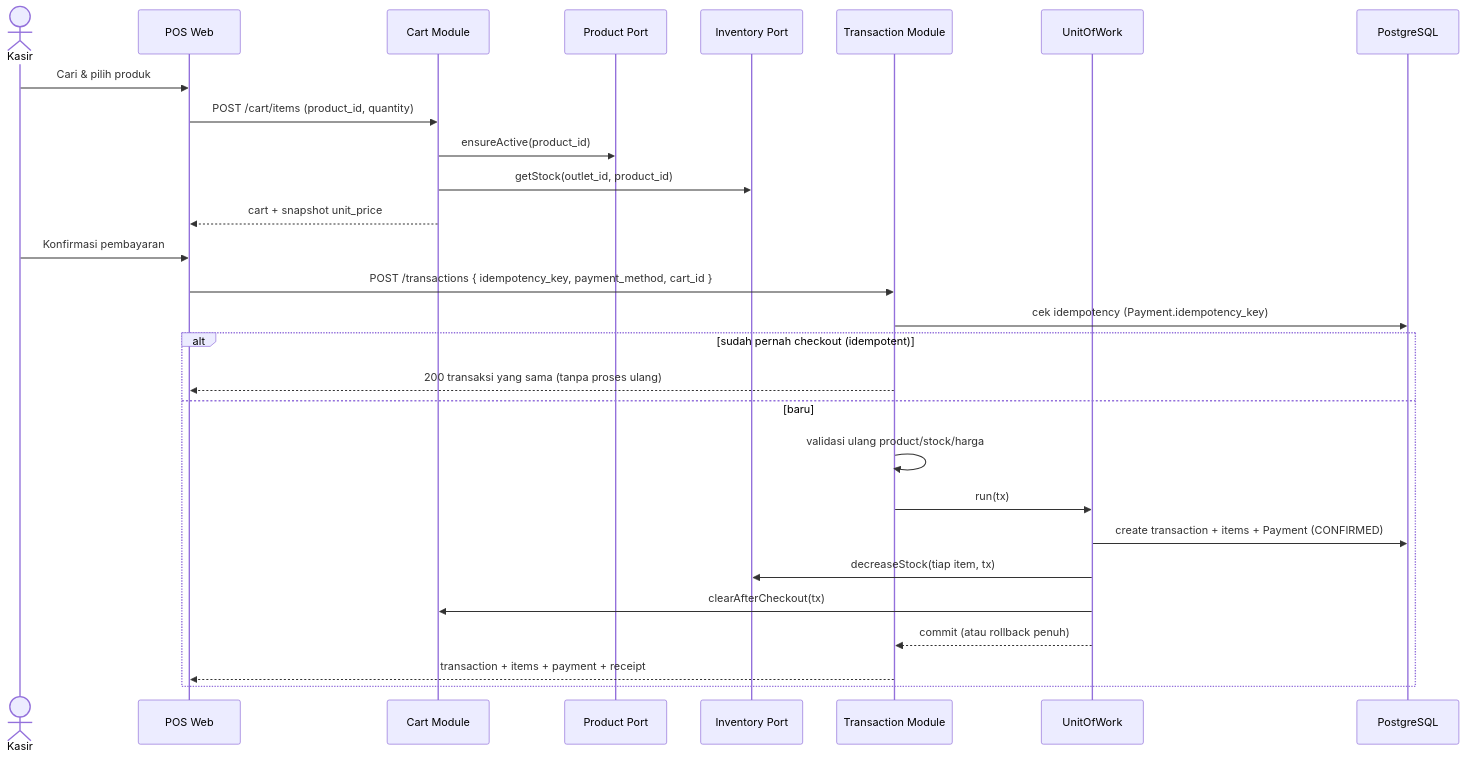
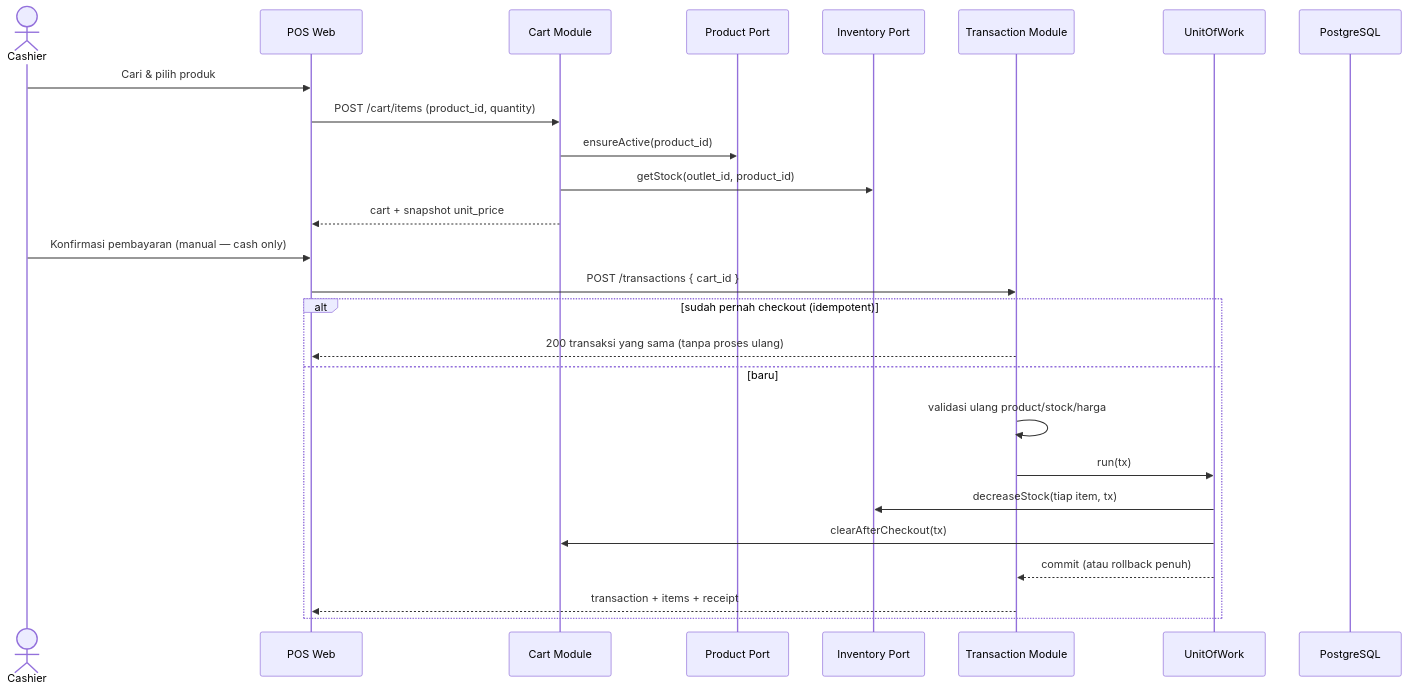
One commit to TeamOneee/pos-project-be changed the fifth of 21 diagrams in docs/system-flow.md. Above: the diagram before and after it, drawn with Mermaid. The commit also changed other lines of this file and 9 other files, not shown here.

````diff
--- a/docs/system-flow.md
+++ b/docs/system-flow.md
@@ -120,32 +147,30 @@
 ```mermaid
 sequenceDiagram
-    actor K as Kasir
+    actor K as Cashier
     participant UI as POS Web
     participant C as Cart Module
     participant P as Product Port
     participant I as Inventory Port
     participant T as Transaction Module
     participant UoW as UnitOfWork
     participant DB as PostgreSQL
 
     K->>UI: Cari & pilih produk
     UI->>C: POST /cart/items (product_id, quantity)
     C->>P: ensureActive(product_id)
     C->>I: getStock(outlet_id, product_id)
     C-->>UI: cart + snapshot unit_price
 
-    K->>UI: Konfirmasi pembayaran
-    UI->>T: POST /transactions { idempotency_key, payment_method, cart_id }
-    T->>DB: cek idempotency (Payment.idempotency_key)
+    K->>UI: Konfirmasi pembayaran (manual — cash only)
+    UI->>T: POST /transactions { cart_id }
     alt sudah pernah checkout (idempotent)
         T-->>UI: 200 transaksi yang sama (tanpa proses ulang)
     else baru
         T->>T: validasi ulang product/stock/harga
         T->>UoW: run(tx)
-        UoW->>DB: create transaction + items + Payment (CONFIRMED)
         UoW->>I: decreaseStock(tiap item, tx)
         UoW->>C: clearAfterCheckout(tx)
         UoW-->>T: commit (atau rollback penuh)
-        T-->>UI: transaction + items + payment + receipt
+        T-->>UI: transaction + items + receipt
     end
 ```
````
